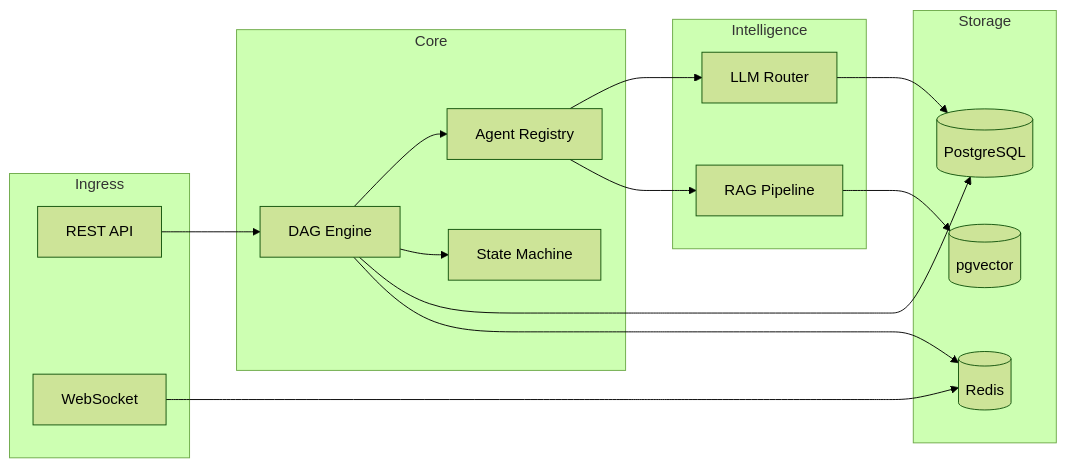
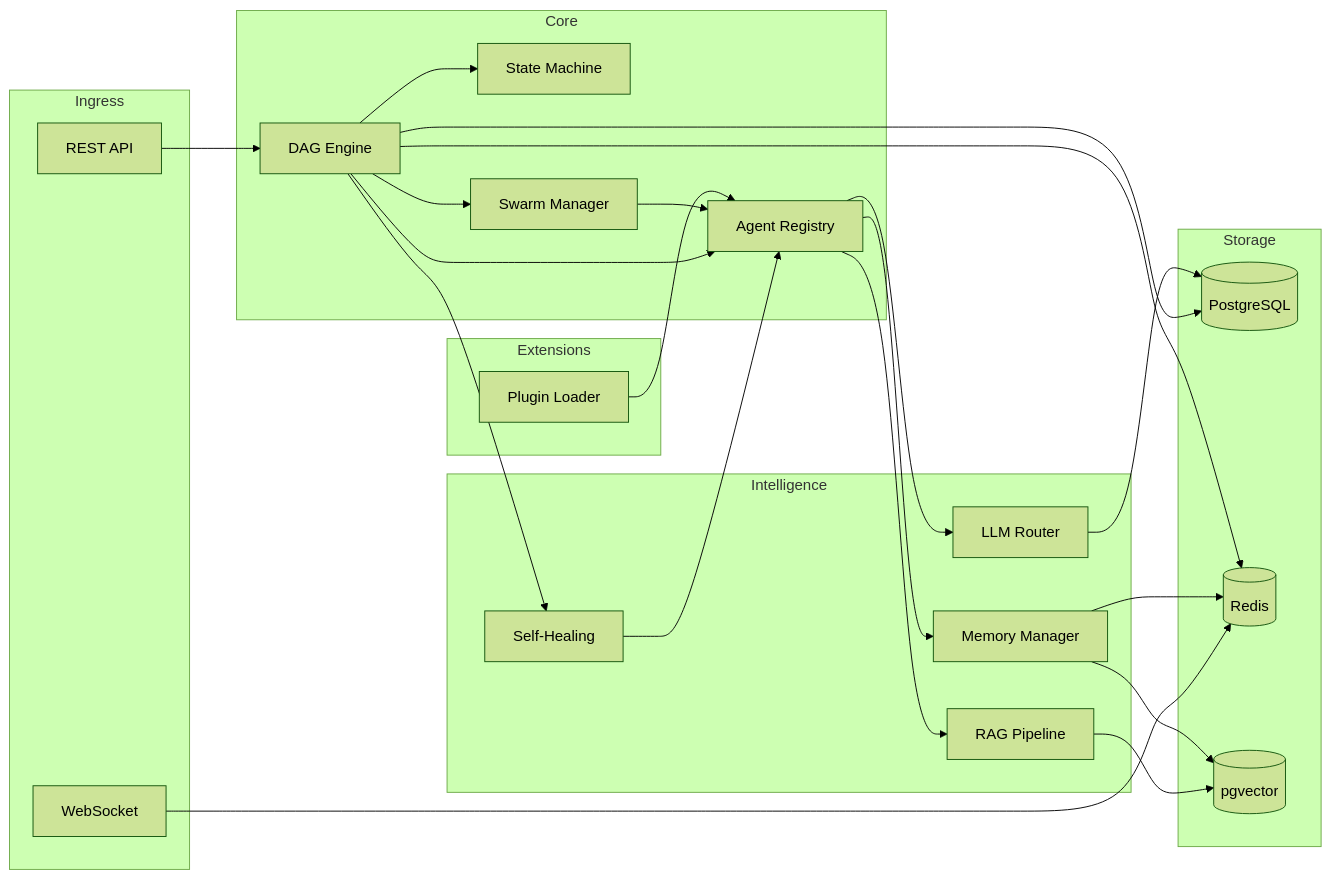
The first of 7 diagrams in ARCHITECTURE.md (christianescamilla15-cell/nexusforge-ai), drawn with Mermaid (forest theme) before and after one commit. The commit also changed other lines of this file and 94 other files, not shown here.

````diff
--- a/ARCHITECTURE.md
+++ b/ARCHITECTURE.md
@@ -7,33 +7,46 @@
 ```mermaid
 flowchart LR
     subgraph Ingress
         REST[REST API]
         WS[WebSocket]
     end
 
     subgraph Core
         ENG[DAG Engine]
         REG[Agent Registry]
         SM[State Machine]
+        SWM[Swarm Manager]
     end
 
     subgraph Intelligence
         LLM[LLM Router]
         RAG[RAG Pipeline]
+        MEM[Memory Manager]
+        HEAL[Self-Healing]
     end
 
     subgraph Storage
         PG[(PostgreSQL)]
         RD[(Redis)]
         VEC[(pgvector)]
     end
 
+    subgraph Extensions
+        PLG[Plugin Loader]
+    end
+
     REST --> ENG
     WS --> RD
     ENG --> REG --> LLM
+    ENG --> SWM --> REG
     REG --> RAG --> VEC
+    REG --> MEM
+    MEM --> RD
+    MEM --> VEC
     ENG --> SM
+    ENG --> HEAL --> REG
     ENG --> PG
     ENG --> RD
     LLM --> PG
+    PLG --> REG
 ```
````
